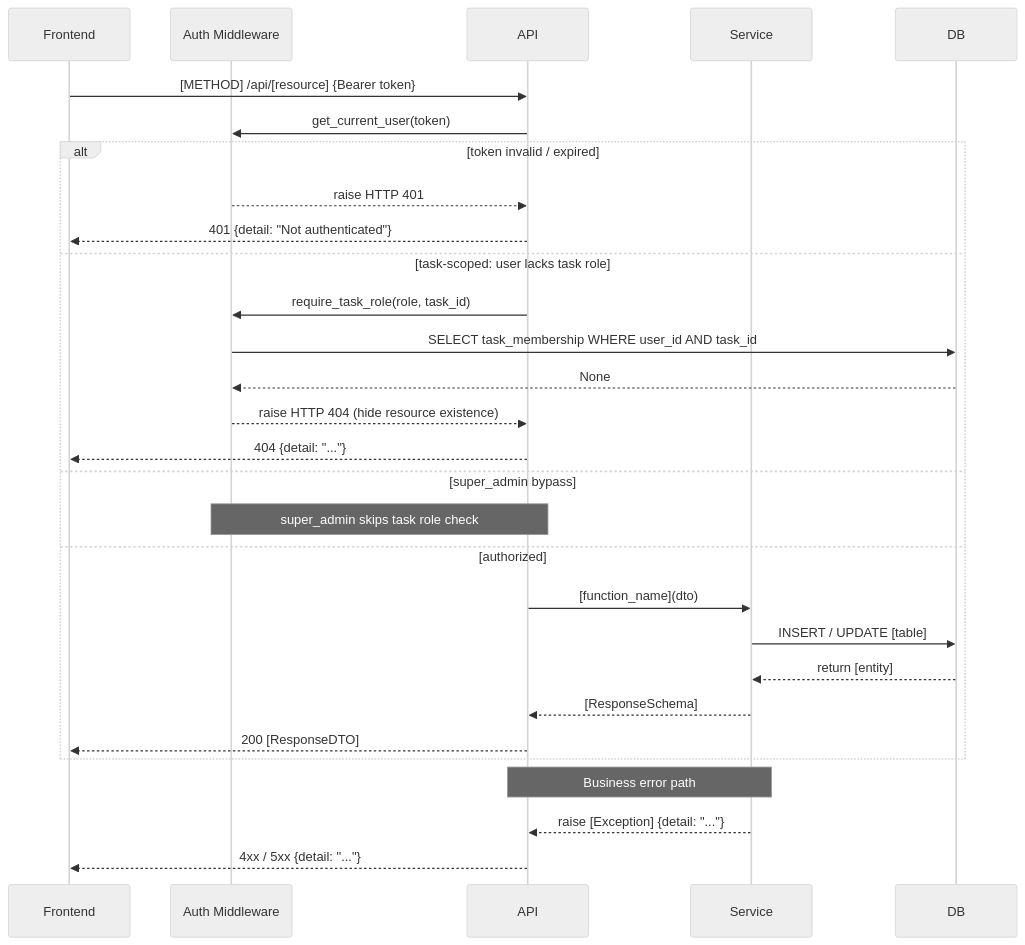
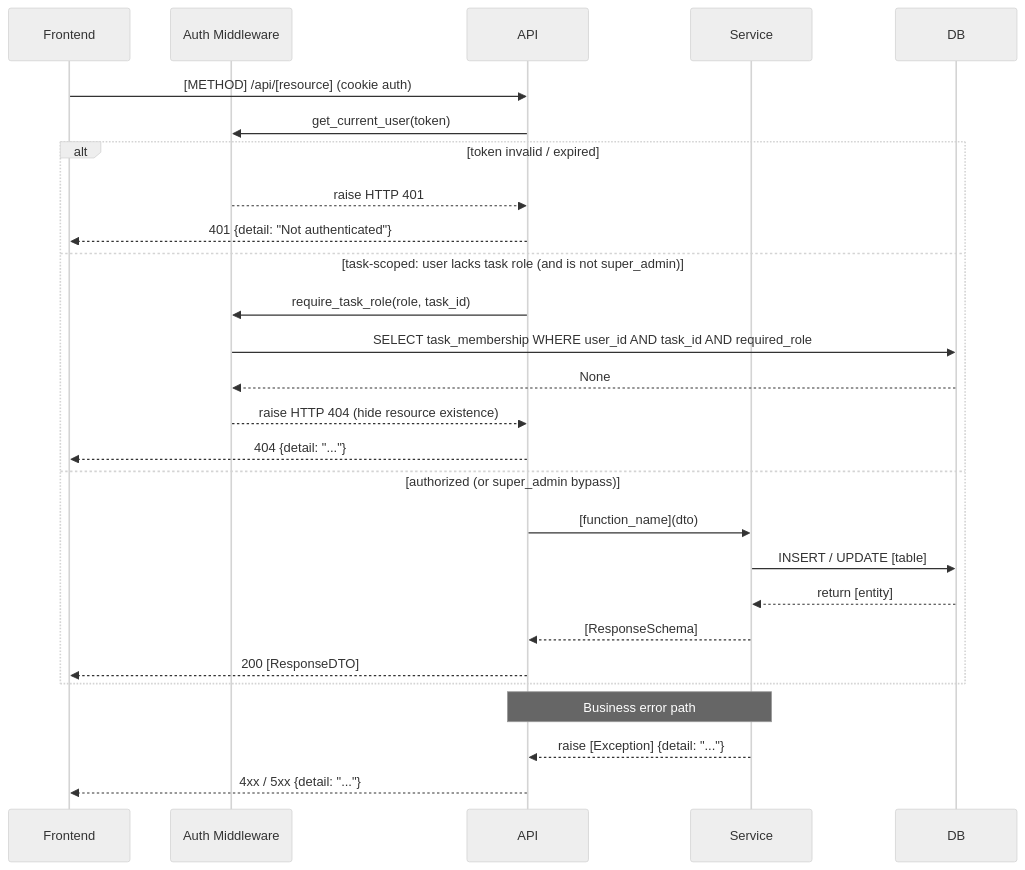
One commit to singyichen/label-suite changed the first of 2 diagrams in .specify/templates/plan-template.md. Above: the diagram before and after it, drawn with Mermaid (neutral theme). The commit also changed other lines of this file, not shown here.

````diff
--- a/.specify/templates/plan-template.md
+++ b/.specify/templates/plan-template.md
@@ -100,33 +100,31 @@
 ```mermaid
 sequenceDiagram
     participant Frontend
     participant Auth as Auth Middleware
     participant API
     participant Service
     participant DB
 
-    Frontend->>API: [METHOD] /api/[resource] {Bearer token}
+    Frontend->>API: [METHOD] /api/[resource] (cookie auth)
     API->>Auth: get_current_user(token)
     alt token invalid / expired
         Auth-->>API: raise HTTP 401
         API-->>Frontend: 401 {detail: "Not authenticated"}
-    else task-scoped: user lacks task role
+    else task-scoped: user lacks task role (and is not super_admin)
         API->>Auth: require_task_role(role, task_id)
-        Auth->>DB: SELECT task_membership WHERE user_id AND task_id
+        Auth->>DB: SELECT task_membership WHERE user_id AND task_id AND required_role
         DB-->>Auth: None
         Auth-->>API: raise HTTP 404 (hide resource existence)
         API-->>Frontend: 404 {detail: "..."}
-    else super_admin bypass
-        Note over API,Auth: super_admin skips task role check
-    else authorized
+    else authorized (or super_admin bypass)
         API->>Service: [function_name](dto)
         Service->>DB: INSERT / UPDATE [table]
         DB-->>Service: return [entity]
         Service-->>API: [ResponseSchema]
         API-->>Frontend: 200 [ResponseDTO]
     end
 
     Note over Service,API: Business error path
     Service-->>API: raise [Exception] {detail: "..."}
     API-->>Frontend: 4xx / 5xx {detail: "..."}
 ```
````
